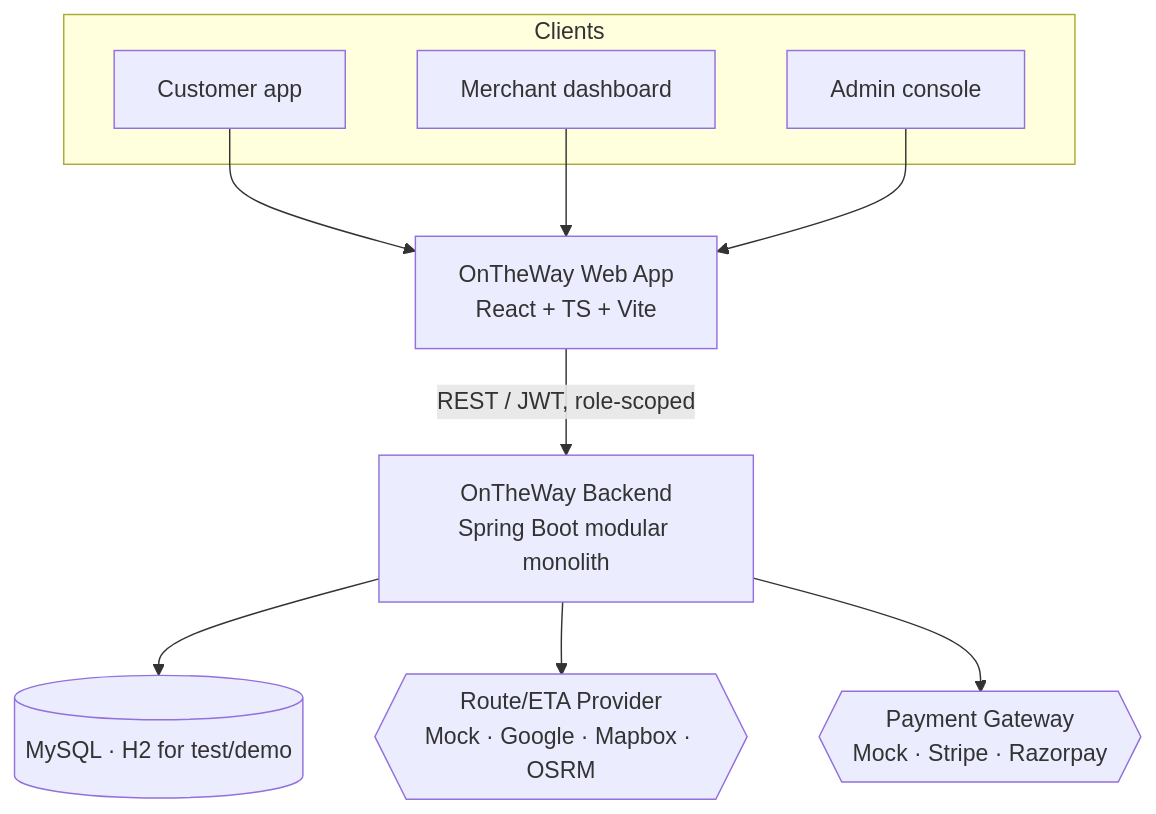
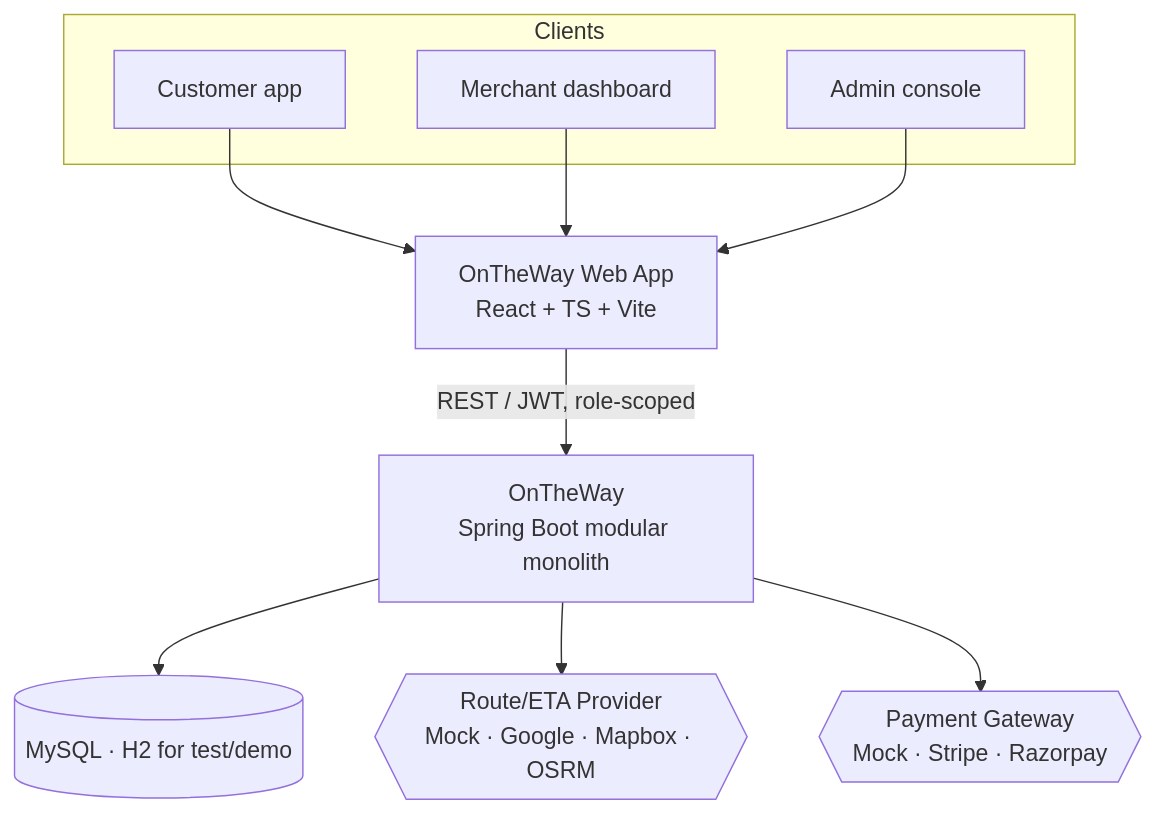
The first of 10 diagrams in ARCHITECTURE.md (ManoharEldhandi/OnTheWay), drawn with Mermaid before and after one commit. The commit also changed 12 other files, not shown here.

````diff
--- a/ARCHITECTURE.md
+++ b/ARCHITECTURE.md
@@ -70,18 +70,18 @@
 ```mermaid
 graph TB
     subgraph Clients
       C[Customer app]
       M[Merchant dashboard]
       A[Admin console]
     end
 
     C --> FE[OnTheWay Web App<br/>React + TS + Vite]
     M --> FE
     A --> FE
 
-    FE -->|REST / JWT, role-scoped| BE[OnTheWay Backend<br/>Spring Boot modular monolith]
+    FE -->|REST / JWT, role-scoped| BE[OnTheWay<br/>Spring Boot modular monolith]
 
     BE --> DB[(MySQL · H2 for test/demo)]
     BE --> RP{{Route/ETA Provider<br/>Mock · Google · Mapbox · OSRM}}
     BE --> PG{{Payment Gateway<br/>Mock · Stripe · Razorpay}}
 ```
````
